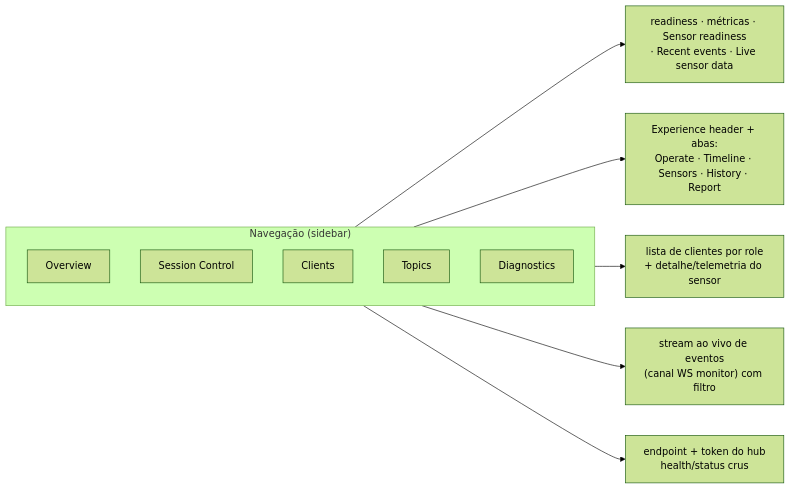
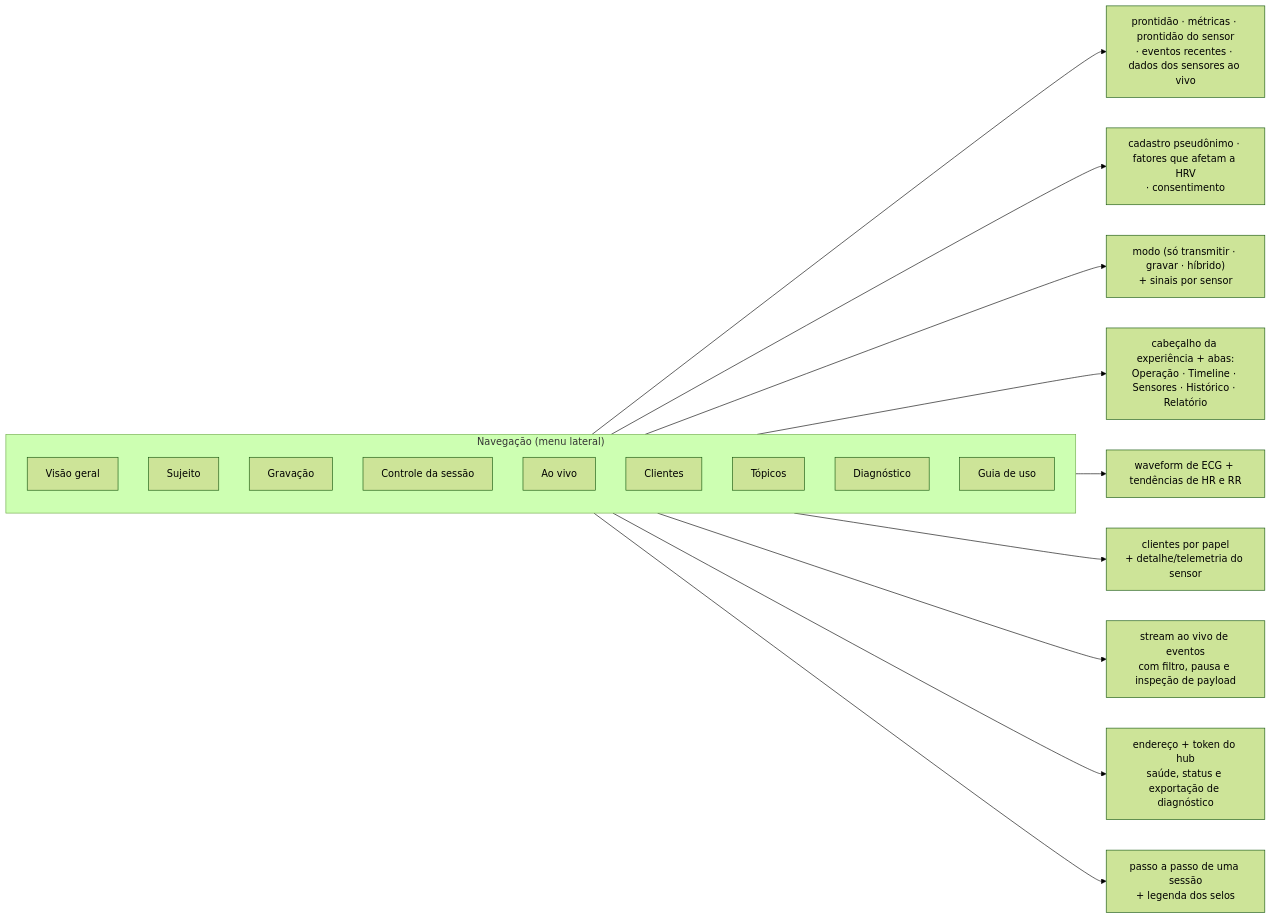
The ninth of 10 diagrams in GUIA-PROJETO.md (VictorBarretoAndrade/HUB-NOSSO), drawn with Mermaid (forest theme) before and after one commit. The commit also changed other lines of this file and 187 other files, not shown here.

````diff
--- a/GUIA-PROJETO.md
+++ b/GUIA-PROJETO.md
@@ -301,16 +303,24 @@
 ```mermaid
 flowchart LR
-    subgraph NAV["Navegação (sidebar)"]
+    subgraph NAV["Navegação (menu lateral)"]
         direction TB
-        O["Overview"]
-        S["Session Control"]
-        C["Clients"]
-        T["Topics"]
-        D["Diagnostics"]
+        O["Visão geral"]
+        SU["Sujeito"]
+        G["Gravação"]
+        S["Controle da sessão"]
+        L["Ao vivo"]
+        C["Clientes"]
+        T["Tópicos"]
+        D["Diagnóstico"]
+        H["Guia de uso"]
     end
-    O --> O1["readiness · métricas · Sensor readiness<br/>· Recent events · Live sensor data"]
-    S --> S1["Experience header + abas:<br/>Operate · Timeline · Sensors · History · Report"]
-    C --> C1["lista de clientes por role<br/>+ detalhe/telemetria do sensor"]
-    T --> T1["stream ao vivo de eventos<br/>(canal WS monitor) com filtro"]
-    D --> D1["endpoint + token do hub<br/>health/status crus"]
+    O --> O1["prontidão · métricas · prontidão do sensor<br/>· eventos recentes · dados dos sensores ao vivo"]
+    SU --> SU1["cadastro pseudônimo · fatores que afetam a HRV<br/>· consentimento"]
+    G --> G1["modo (só transmitir · gravar · híbrido)<br/>+ sinais por sensor"]
+    S --> S1["cabeçalho da experiência + abas:<br/>Operação · Timeline · Sensores · Histórico · Relatório"]
+    L --> L1["waveform de ECG + tendências de HR e RR"]
+    C --> C1["clientes por papel<br/>+ detalhe/telemetria do sensor"]
+    T --> T1["stream ao vivo de eventos<br/>com filtro, pausa e inspeção de payload"]
+    D --> D1["endereço + token do hub<br/>saúde, status e exportação de diagnóstico"]
+    H --> H1["passo a passo de uma sessão<br/>+ legenda dos selos"]
 ```
````
